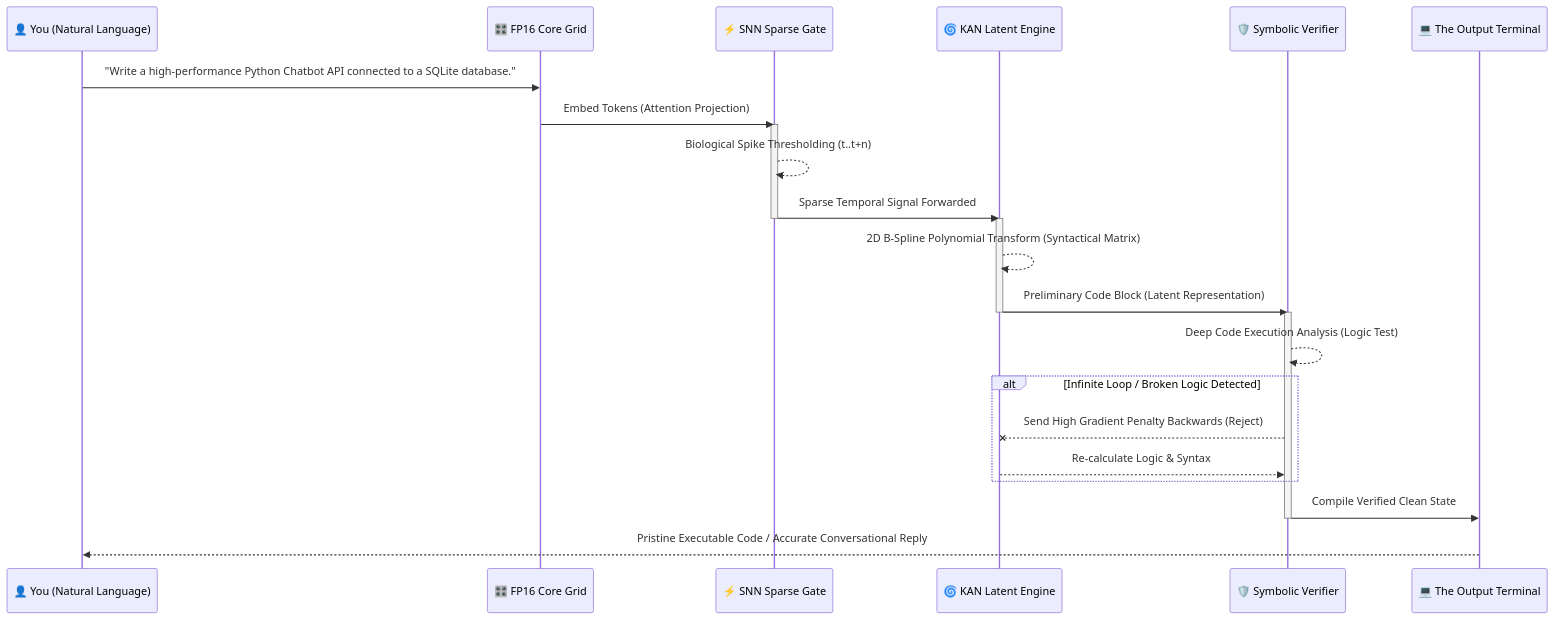
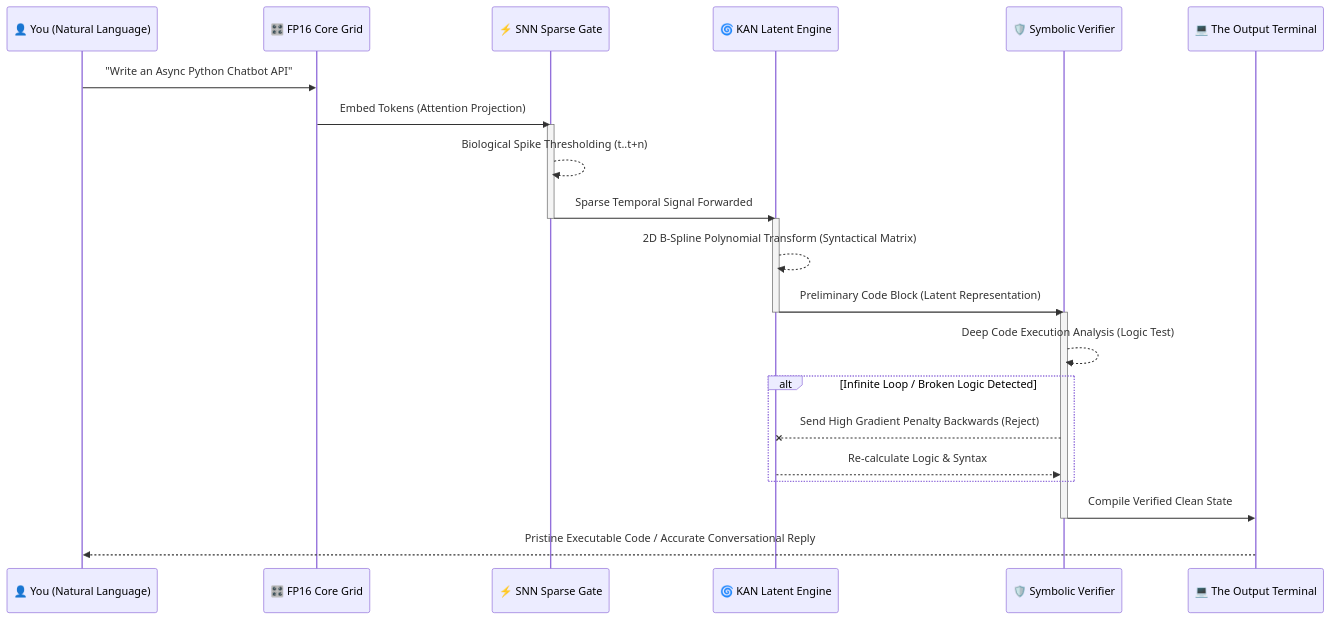
Before and after one commit to clokai/clokai: the second of 4 diagrams in v3.md, drawn with Mermaid. The commit also changed other lines of this file, not shown here.

````diff
--- a/v3.md
+++ b/v3.md
@@ -140,32 +140,32 @@
 ```mermaid
 sequenceDiagram
     participant U as 👤 You (Natural Language)
     participant E as 🎛️ FP16 Core Grid
     participant S as ⚡ SNN Sparse Gate
     participant K as 🌀 KAN Latent Engine
     participant N as 🛡️ Symbolic Verifier
     participant M as 💻 The Output Terminal
 
-    U->>E: "Write a high-performance Python Chatbot API connected to a SQLite database."
+    U->>E: "Write an Async Python Chatbot API"
     E->>S: Embed Tokens (Attention Projection)
     activate S
     S-->>S: Biological Spike Thresholding (t..t+n)
     S->>K: Sparse Temporal Signal Forwarded
     deactivate S
     
     activate K
     K-->>K: 2D B-Spline Polynomial Transform (Syntactical Matrix)
     K->>N: Preliminary Code Block (Latent Representation)
     deactivate K
     
     activate N
     N-->>N: Deep Code Execution Analysis (Logic Test)
     alt Infinite Loop / Broken Logic Detected
         N--xK: Send High Gradient Penalty Backwards (Reject)
         K-->>N: Re-calculate Logic & Syntax
     end
     N->>M: Compile Verified Clean State
     deactivate N
     
     M-->>U: Pristine Executable Code / Accurate Conversational Reply
 ```
````
